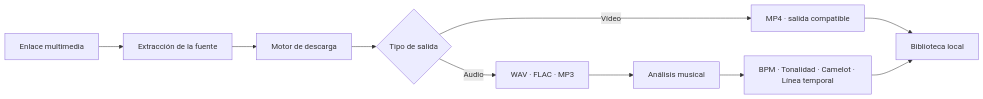
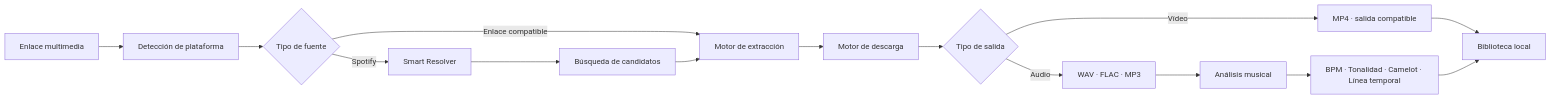
One commit to Nikolai-coder/diavlo-wav-releases changed the first of 2 diagrams in README.md. Above: the diagram before and after it, drawn with Mermaid. The commit also changed other lines of this file, not shown here.

````diff
--- a/README.md
+++ b/README.md
@@ -146,12 +202,17 @@
 ```mermaid
 flowchart LR
-    A[Enlace multimedia] --> B[Extracción de la fuente]
-    B --> C[Motor de descarga]
-    C --> D{Tipo de salida}
-    D -->|Audio| E[WAV · FLAC · MP3]
-    D -->|Vídeo| F[MP4 · salida compatible]
-    E --> G[Análisis musical]
-    F --> H[Biblioteca local]
-    G --> I[BPM · Tonalidad · Camelot · Línea temporal]
-    I --> H
+    A[Enlace multimedia] --> B[Detección de plataforma]
+    B --> C{Tipo de fuente}
+    C -->|Enlace compatible| D[Motor de extracción]
+    C -->|Spotify| E[Smart Resolver]
+    E --> F[Búsqueda de candidatos]
+    F --> D
+    D --> G[Motor de descarga]
+    G --> H{Tipo de salida}
+    H -->|Audio| I[WAV · FLAC · MP3]
+    H -->|Vídeo| J[MP4 · salida compatible]
+    I --> K[Análisis musical]
+    J --> L[Biblioteca local]
+    K --> M[BPM · Tonalidad · Camelot · Línea temporal]
+    M --> L
 ```
````
